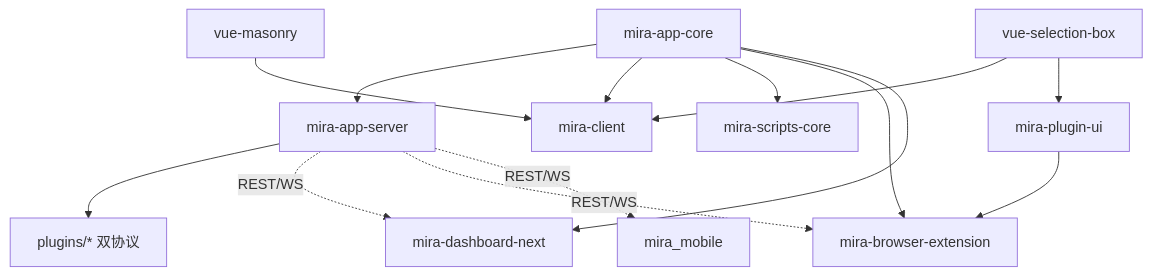
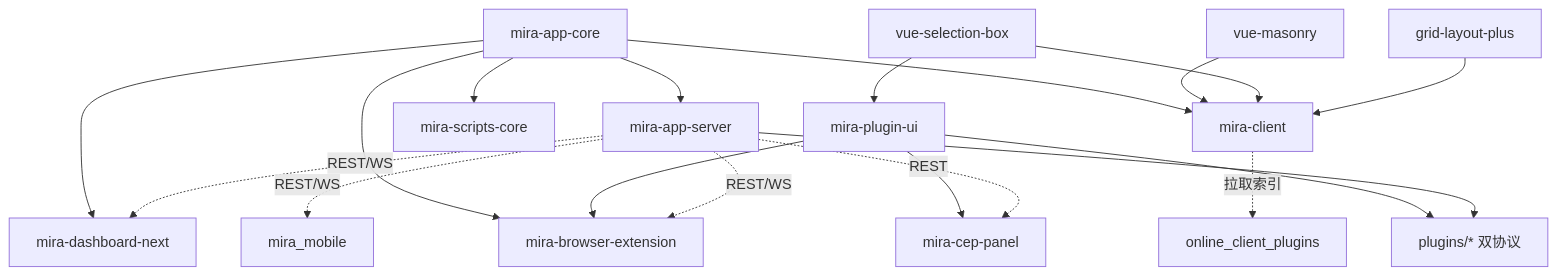
Before and after one commit to hunmer/mira: the diagram in CLAUDE.md, drawn with Mermaid. The commit also changed other lines of this file and 48 other files, not shown here.

````diff
--- a/CLAUDE.md
+++ b/CLAUDE.md
@@ -54,16 +57,21 @@
 ```mermaid
 graph TD
   core[mira-app-core] --> server[mira-app-server]
   core --> client[mira-client]
   core --> scripts[mira-scripts-core]
   core --> ext[mira-browser-extension]
   core --> dash[mira-dashboard-next]
   vmason[vue-masonry] --> client
   vsel[vue-selection-box] --> client
+  glp[grid-layout-plus] --> client
   vsel --> pui[mira-plugin-ui]
   pui --> ext
-  server --> plugins[plugins/* 双协议]
+  pui --> cep[mira-cep-panel]
+  pui --> plugins[plugins/* 双协议]
+  server --> plugins
   server -.REST/WS.-> dash
   server -.REST/WS.-> ext
   server -.REST/WS.-> mobile[mira_mobile]
+  server -.REST.-> cep
+  client -.拉取索引.-> market[online_client_plugins]
 ```
````
